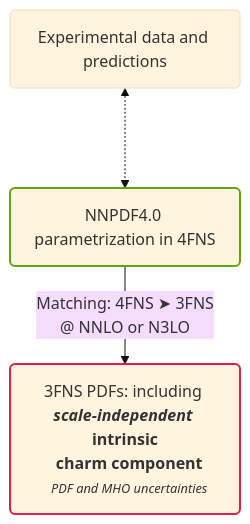
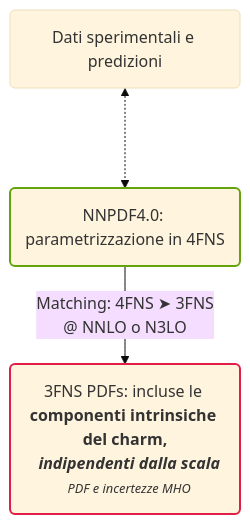
Before and after one commit to alecandido/slides: the diagram in slidev/2023-IFAE/pages/intrinsic.md, drawn with Mermaid (base theme). The commit also changed other lines of this file and 3 other files, not shown here.

````diff
--- a/slidev/2023-IFAE/pages/intrinsic.md
+++ b/slidev/2023-IFAE/pages/intrinsic.md
@@ -53,15 +53,15 @@
 ```mermaid
 flowchart TD
   data <-..-> fit
-  fit -- "Matching: 4FNS ➤ 3FNS\n @ NNLO or N3LO" --> intrinsic
+  fit -- "Matching: 4FNS ➤ 3FNS\n @ NNLO o N3LO" --> intrinsic
 
-  data("Experimental data and predictions")
-  fit("NNPDF4.0 parametrization in 4FNS")
+  data("Dati sperimentali e predizioni")
+  fit("NNPDF4.0: parametrizzazione in 4FNS")
   style fit stroke:#65a30d
-  intrinsic("3FNS PDFs: including <strong><em>scale-independent</em> intrinsic
-  charm component</strong>
-  <em style='font-size: 0.8em'>PDF and MHO uncertainties</em>")
+  intrinsic("3FNS PDFs: incluse le <strong>componenti intrinsiche del charm,
+  <em>indipendenti dalla scala</em></strong>
+  <em style='font-size: 0.8em'>PDF e incertezze MHO</em>")
   style intrinsic stroke:#e11d48
   classDef hl stroke-width:2px
   class intrinsic,fit hl
 ```
````
